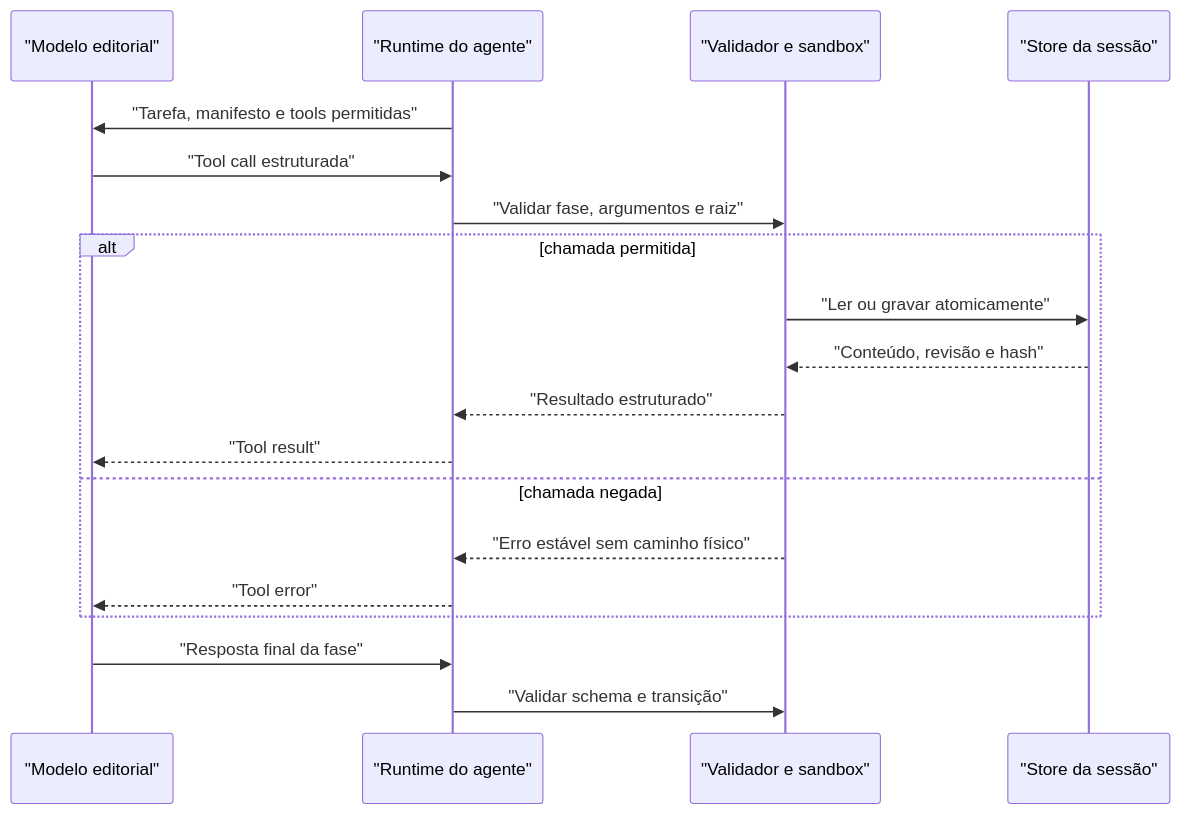
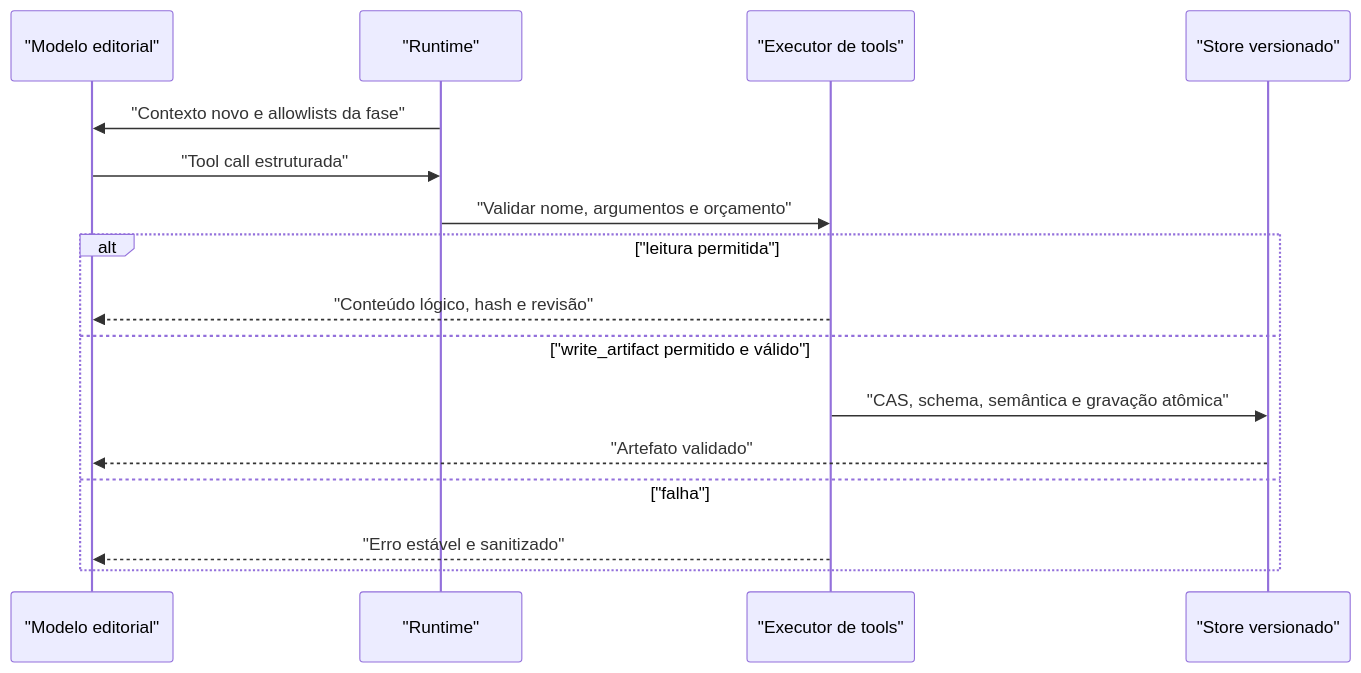
The diagram in docs/AGENT_RUNTIME_TOOLS.md (moesuito/alano-rought-cut-ai), drawn with Mermaid before and after one commit. The commit also changed other lines of this file and 39 other files, not shown here.

````diff
--- a/docs/AGENT_RUNTIME_TOOLS.md
+++ b/docs/AGENT_RUNTIME_TOOLS.md
@@ -155,22 +172,19 @@
 ```mermaid
 sequenceDiagram
     participant model as "Modelo editorial"
-    participant runtime as "Runtime do agente"
-    participant guard as "Validador e sandbox"
-    participant store as "Store da sessão"
+    participant runtime as "Runtime"
+    participant tools as "Executor de tools"
+    participant store as "Store versionado"
 
-    runtime->>model: "Tarefa, manifesto e tools permitidas"
+    runtime->>model: "Contexto novo e allowlists da fase"
     model->>runtime: "Tool call estruturada"
-    runtime->>guard: "Validar fase, argumentos e raiz"
-    alt chamada permitida
-        guard->>store: "Ler ou gravar atomicamente"
-        store-->>guard: "Conteúdo, revisão e hash"
-        guard-->>runtime: "Resultado estruturado"
-        runtime-->>model: "Tool result"
-    else chamada negada
-        guard-->>runtime: "Erro estável sem caminho físico"
-        runtime-->>model: "Tool error"
+    runtime->>tools: "Validar nome, argumentos e orçamento"
+    alt "leitura permitida"
+        tools-->>model: "Conteúdo lógico, hash e revisão"
+    else "write_artifact permitido e válido"
+        tools->>store: "CAS, schema, semântica e gravação atômica"
+        store-->>model: "Artefato validado"
+    else "falha"
+        tools-->>model: "Erro estável e sanitizado"
     end
-    model->>runtime: "Resposta final da fase"
-    runtime->>guard: "Validar schema e transição"
 ```
````
